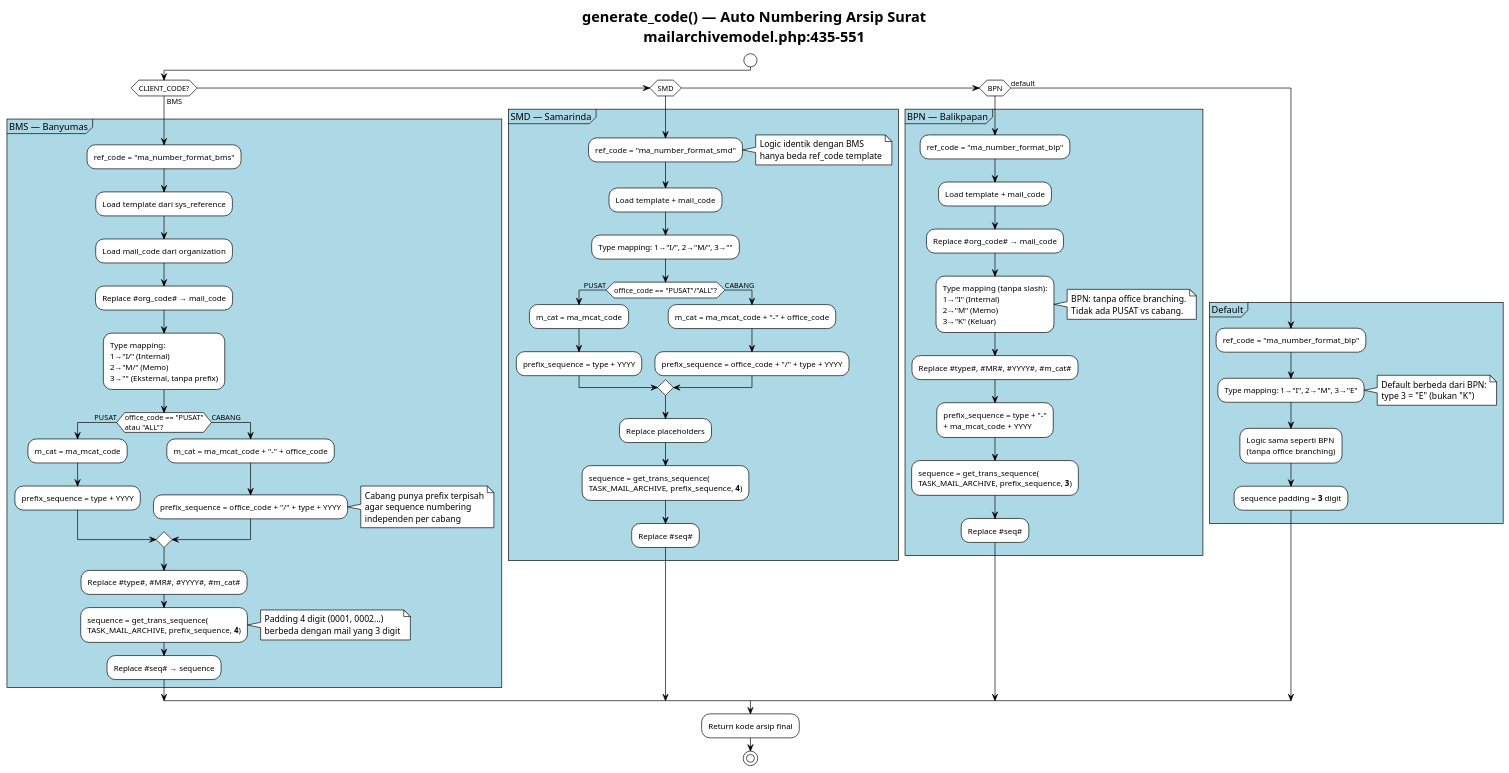
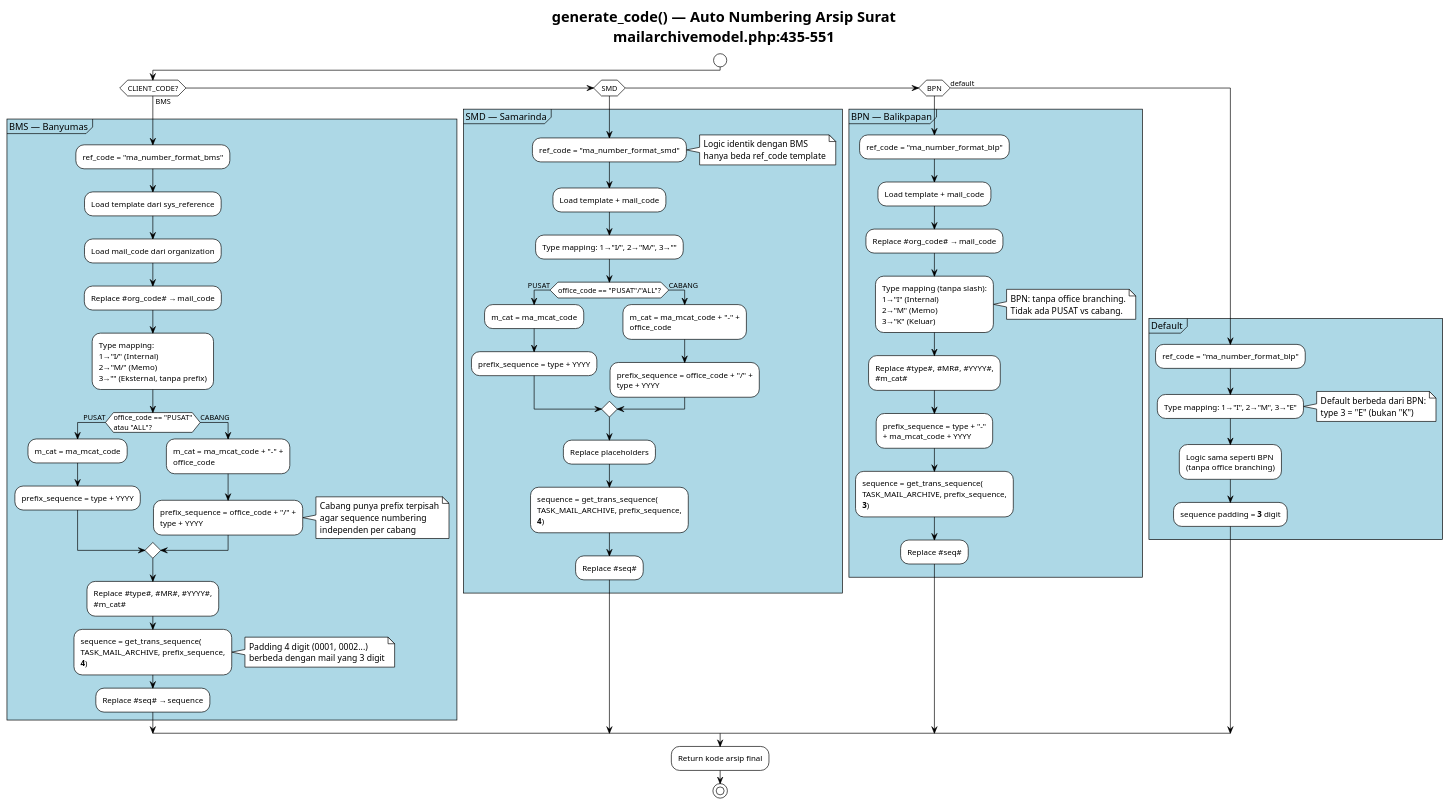
The diagram in docs-v2/business-logic/planuml/puml/archive-generate-code.puml (kentoespdam/smartoffice-migration-docs), drawn with PlantUML before and after one commit. The commit also changed 23 other files, not shown here.

```diff
--- a/docs-v2/business-logic/planuml/puml/archive-generate-code.puml
+++ b/docs-v2/business-logic/planuml/puml/archive-generate-code.puml
@@ -1,112 +1,114 @@
-@startuml
+@startuml archive-generate-code
 !theme plain
+skinparam shadowing false
+skinparam wrapWidth 220
 title generate_code() — Auto Numbering Arsip Surat\nmailarchivemodel.php:435-551
 
 start
 
 if (CLIENT_CODE?) then (BMS)
 
   partition "BMS — Banyumas" #LightBlue {
     :ref_code = "ma_number_format_bms";
     :Load template dari sys_reference;
     :Load mail_code dari organization;
     :Replace #org_code# → mail_code;
 
     :Type mapping:
     1→"I/" (Internal)
     2→"M/" (Memo)
     3→"" (Eksternal, tanpa prefix);
 
     if (office_code == "PUSAT"\natau "ALL"?) then (PUSAT)
       :m_cat = ma_mcat_code;
       :prefix_sequence = type + YYYY;
     else (CABANG)
       :m_cat = ma_mcat_code + "-" + office_code;
       :prefix_sequence = office_code + "/" + type + YYYY;
       note right
         Cabang punya prefix terpisah
         agar sequence numbering
         independen per cabang
       end note
     endif
 
     :Replace #type#, #MR#, #YYYY#, #m_cat#;
     :sequence = get_trans_sequence(
     TASK_MAIL_ARCHIVE, prefix_sequence, **4**);
     note right
       Padding 4 digit (0001, 0002...)
       berbeda dengan mail yang 3 digit
     end note
     :Replace #seq# → sequence;
   }
 
 elseif (SMD) then
 
   partition "SMD — Samarinda" #LightBlue {
     :ref_code = "ma_number_format_smd";
     note right
       Logic identik dengan BMS
       hanya beda ref_code template
     end note
     :Load template + mail_code;
     :Type mapping: 1→"I/", 2→"M/", 3→"";
 
     if (office_code == "PUSAT"/"ALL"?) then (PUSAT)
       :m_cat = ma_mcat_code;
       :prefix_sequence = type + YYYY;
     else (CABANG)
       :m_cat = ma_mcat_code + "-" + office_code;
       :prefix_sequence = office_code + "/" + type + YYYY;
     endif
 
     :Replace placeholders;
     :sequence = get_trans_sequence(
     TASK_MAIL_ARCHIVE, prefix_sequence, **4**);
     :Replace #seq#;
   }
 
 elseif (BPN) then
 
   partition "BPN — Balikpapan" #LightBlue {
     :ref_code = "ma_number_format_blp";
     :Load template + mail_code;
     :Replace #org_code# → mail_code;
 
     :Type mapping (tanpa slash):
     1→"I" (Internal)
     2→"M" (Memo)
     3→"K" (Keluar);
     note right
       BPN: tanpa office branching.
       Tidak ada PUSAT vs cabang.
     end note
 
     :Replace #type#, #MR#, #YYYY#, #m_cat#;
     :prefix_sequence = type + "-"
     + ma_mcat_code + YYYY;
     :sequence = get_trans_sequence(
     TASK_MAIL_ARCHIVE, prefix_sequence, **3**);
     :Replace #seq#;
   }
 
 else (default)
 
   partition "Default" #LightBlue {
     :ref_code = "ma_number_format_blp";
     :Type mapping: 1→"I", 2→"M", 3→"E";
     note right
       Default berbeda dari BPN:
       type 3 = "E" (bukan "K")
     end note
     :Logic sama seperti BPN
     (tanpa office branching);
     :sequence padding = **3** digit;
   }
 
 endif
 
 :Return kode arsip final;
 
 stop
 
 @enduml
```
